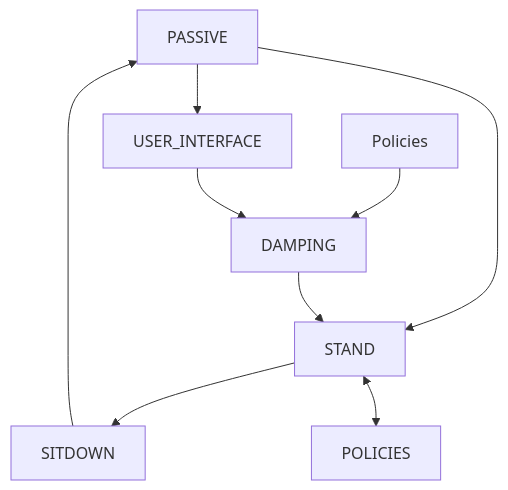
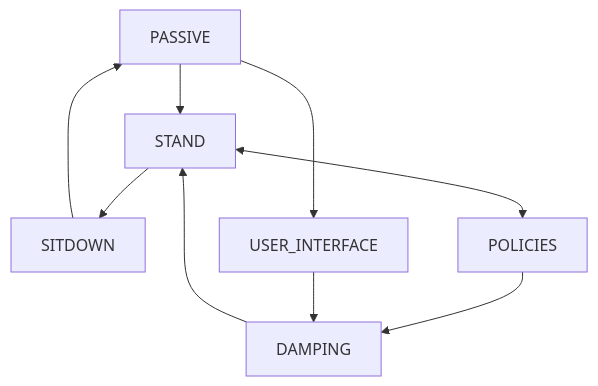
One commit to Agent-3154/sirius-wheel-deploy changed the diagram in README.md. Above: the diagram before and after it, drawn with Mermaid.

````diff
--- a/README.md
+++ b/README.md
@@ -59,11 +59,11 @@
 ```mermaid
 graph TD;
     PASSIVE-->STAND;
     STAND-->SITDOWN;
     STAND<-->POLICIES;
-    Policies--> DAMPING;
+    POLICIES--> DAMPING;
     SITDOWN-->PASSIVE;
     PASSIVE-->USER_INTERFACE;
     USER_INTERFACE-->DAMPING;
     DAMPING-->STAND
 ```
````
